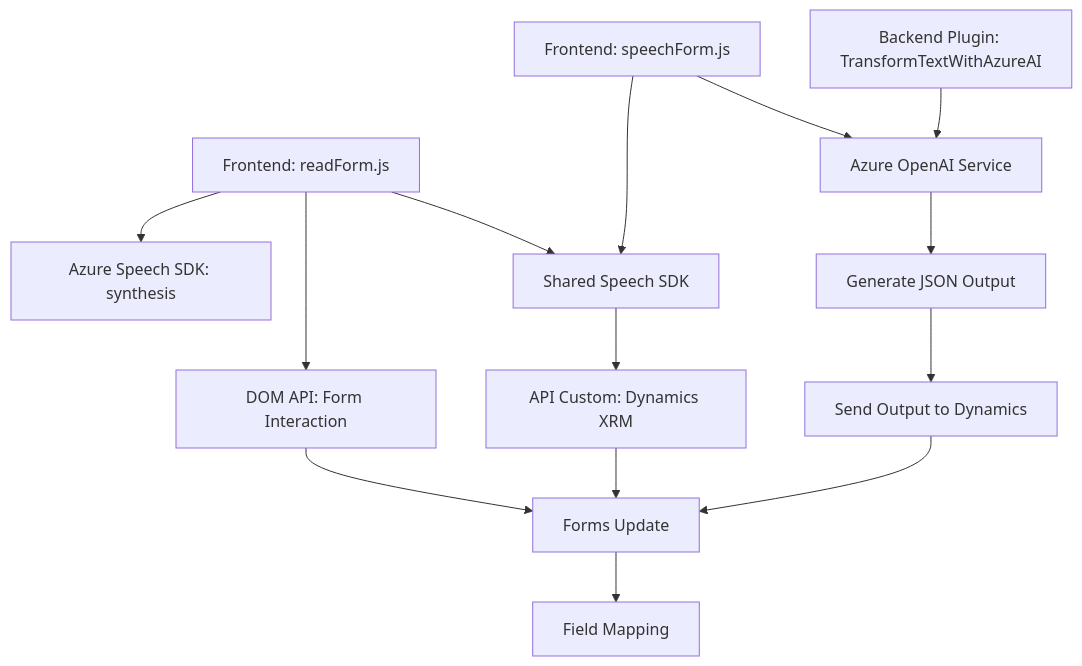
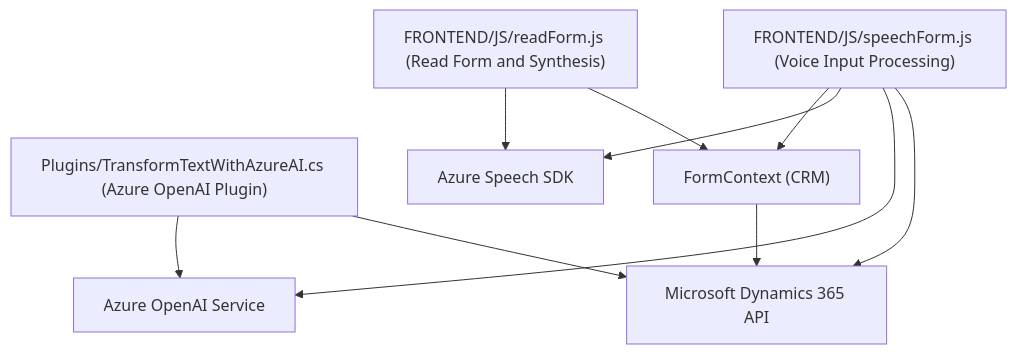
The diagram in README.md (blopezdm/NETCORE_BILBAO2025), drawn with Mermaid before and after one commit. The commit also changed other lines of this file, not shown here.

````diff
--- a/README.md
+++ b/README.md
@@ -47,19 +48,20 @@
 ```mermaid
 graph TD
-    A["Frontend: readForm.js"] --> B["Azure Speech SDK: synthesis"]
-    A --> C["DOM API: Form Interaction"]
-    C --> D["Dynamics/XRM Form Context"]
-    D --> E["Field Mapping"]
-    
-    F["Frontend: speechForm.js"] --> G["Azure Speech SDK: recognition"]
-    G --> H["API Custom: Dynamics XRM"]
-    H --> D["Forms Update"]
-    
-    I["Backend Plugin: TransformTextWithAzureAI"] --> J["Azure OpenAI API"]
-    J --> K["Generate JSON Output"]
-    K --> L["Send Output to Dynamics"]
-    L --> D
+    A["FRONTEND/JS/readForm.js (Read Form and Synthesis)"]
+    B["FRONTEND/JS/speechForm.js (Voice Input Processing)"]
+    C["Plugins/TransformTextWithAzureAI.cs (Azure OpenAI Plugin)"]
+    D["Azure Speech SDK"]
+    E["Azure OpenAI Service"]
+    F["Microsoft Dynamics 365 API"]
+    G["FormContext (CRM)"]
 
-    A --> G["Shared Speech SDK"]
-    F --> J["Azure OpenAI Service"]
+    A --> D
+    A --> G
+    B --> G
+    B --> D
+    B --> E
+    B --> F
+    C --> E
+    C --> F
+    G --> F
 ```
````
